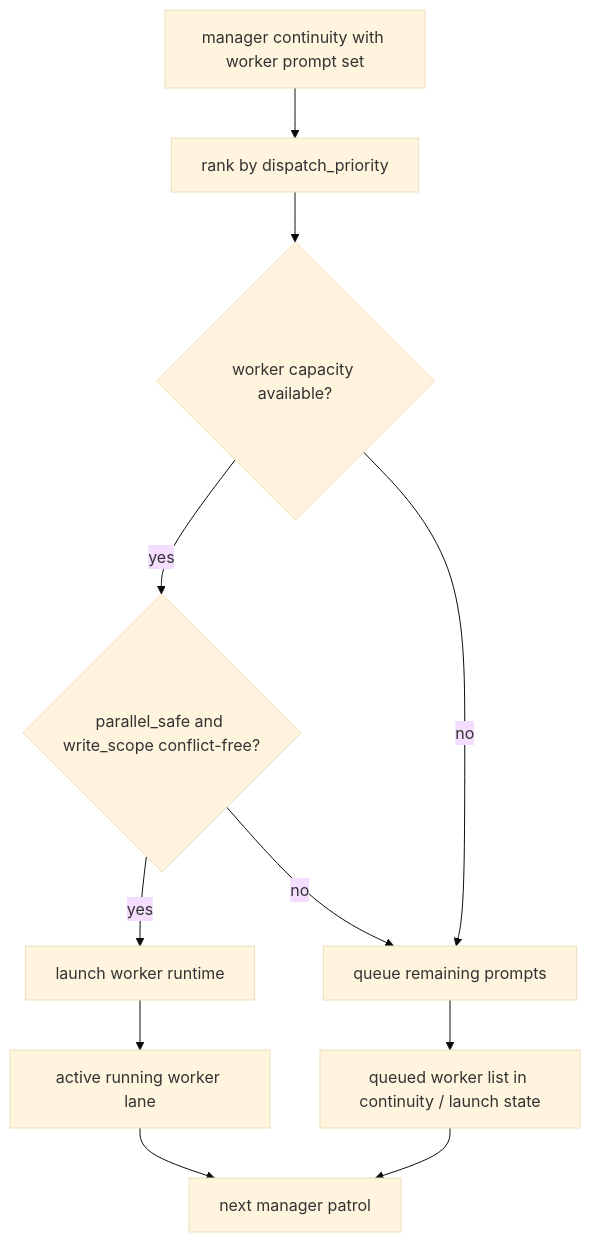
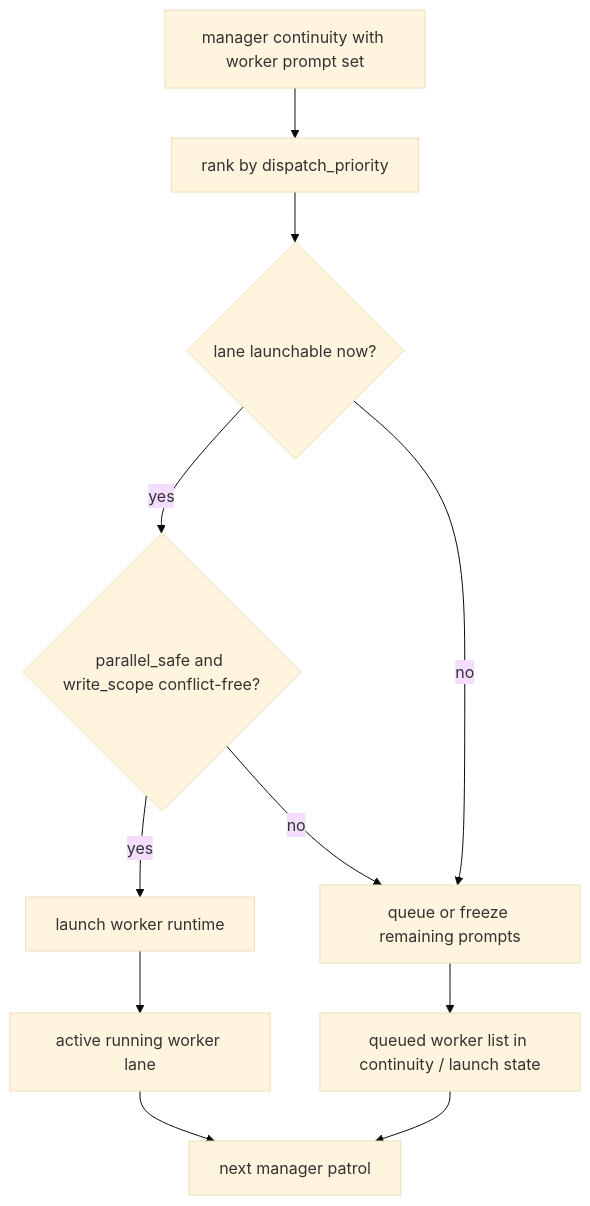
One commit to chatterzhao/freely changed the tenth of 14 diagrams in docs/system/workspace/three-loop-capability-lifecycle.md. Above: the diagram before and after it, drawn with Mermaid (base theme). The commit also changed other lines of this file and 14 other files, not shown here.

````diff
--- a/docs/system/workspace/three-loop-capability-lifecycle.md
+++ b/docs/system/workspace/three-loop-capability-lifecycle.md
@@ -366,13 +366,13 @@
 ```mermaid
 flowchart TD
     A[manager continuity with worker prompt set] --> B[rank by dispatch_priority]
-    B --> C{worker capacity available?}
+    B --> C{lane launchable now?}
     C -->|yes| D{parallel_safe and write_scope conflict-free?}
-    C -->|no| E[queue remaining prompts]
+    C -->|no| E[queue or freeze remaining prompts]
     D -->|yes| F[launch worker runtime]
     D -->|no| E
     F --> G[active running worker lane]
     E --> H[queued worker list in continuity / launch state]
     G --> I[next manager patrol]
     H --> I
 ```
````
